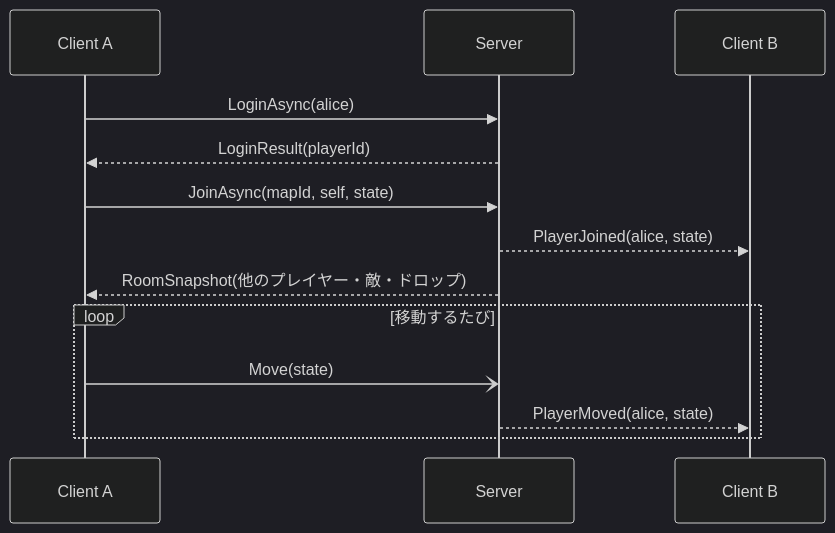
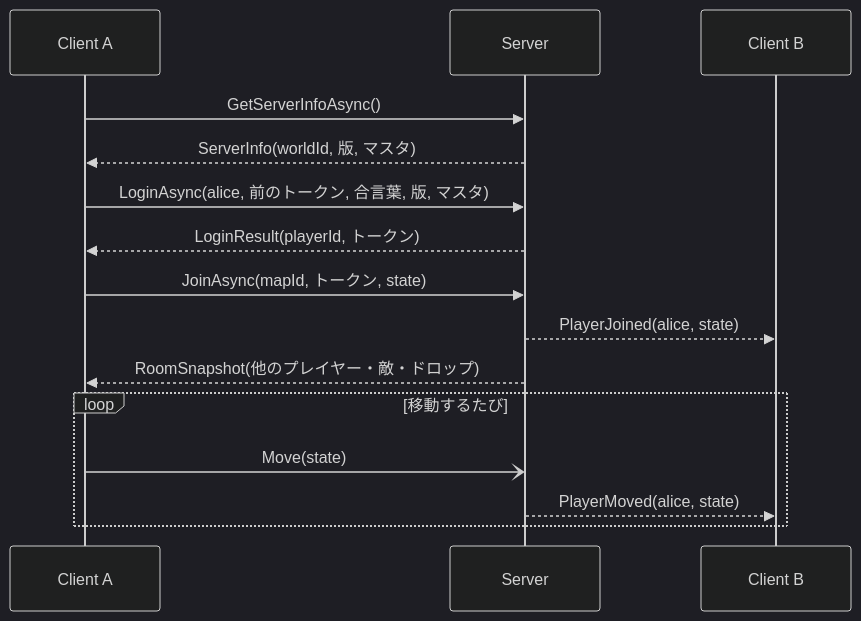
One commit to OskaKim/Terrace changed the first of 3 diagrams in docs/contracts/protocol.md. Above: the diagram before and after it, drawn with Mermaid (dark theme). The commit also changed other lines of this file and 33 other files, not shown here.

First line of the commit message:
#110 ログインの形: ワールドの ID・トークン・合言葉・版の握手

````diff
--- a/docs/contracts/protocol.md
+++ b/docs/contracts/protocol.md
@@ -95,15 +117,17 @@
 ```mermaid
 sequenceDiagram
   participant A as Client A
   participant S as Server
   participant B as Client B
-  A->>S: LoginAsync(alice)
-  S-->>A: LoginResult(playerId)
-  A->>S: JoinAsync(mapId, self, state)
+  A->>S: GetServerInfoAsync()
+  S-->>A: ServerInfo(worldId, 版, マスタ)
+  A->>S: LoginAsync(alice, 前のトークン, 合言葉, 版, マスタ)
+  S-->>A: LoginResult(playerId, トークン)
+  A->>S: JoinAsync(mapId, トークン, state)
   S-->>B: PlayerJoined(alice, state)
   S-->>A: RoomSnapshot(他のプレイヤー・敵・ドロップ)
   loop 移動するたび
     A-)S: Move(state)
     S-->>B: PlayerMoved(alice, state)
   end
 ```
````
